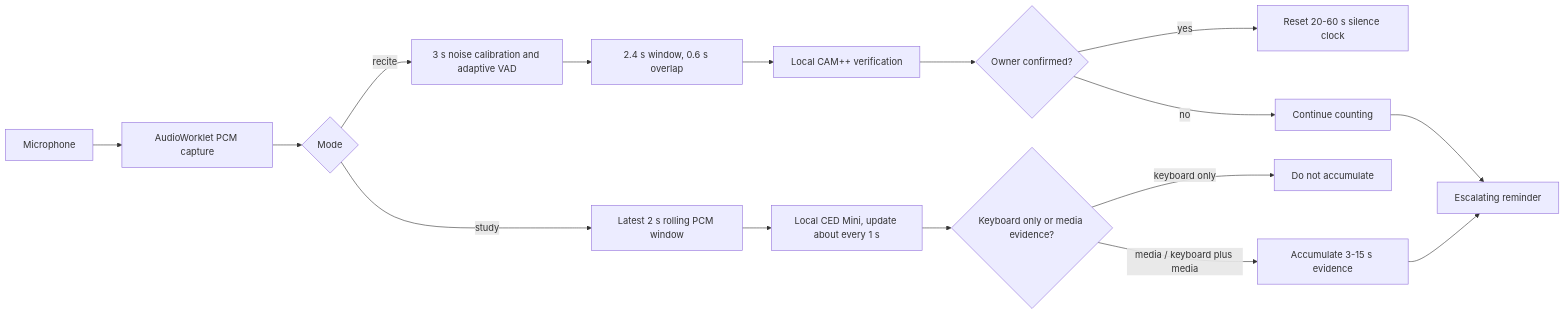
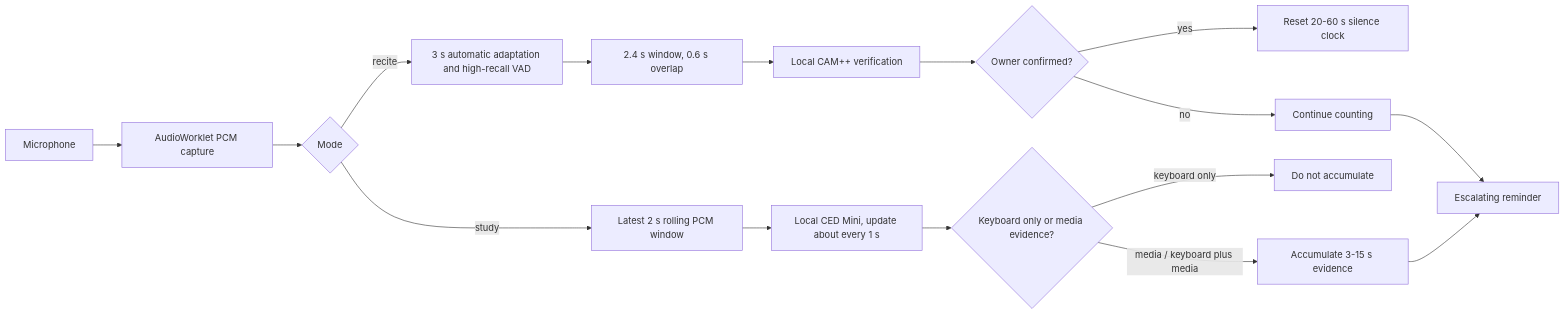
The third of 3 diagrams in docs/ARCHITECTURE.md (bwai0640-arch/red-watch-recite), drawn with Mermaid before and after one commit. The commit also changed other lines of this file and 38 other files, not shown here.

````diff
--- a/docs/ARCHITECTURE.md
+++ b/docs/ARCHITECTURE.md
@@ -57,18 +57,18 @@
 ```mermaid
 flowchart LR
     Mic["Microphone"] --> Worklet["AudioWorklet PCM capture"]
     Worklet --> Mode{"Mode"}
-    Mode -->|"recite"| VAD["3 s noise calibration and adaptive VAD"]
+    Mode -->|"recite"| VAD["3 s automatic adaptation and high-recall VAD"]
     VAD --> Window["2.4 s window, 0.6 s overlap"]
     Window --> Verify["Local CAM++ verification"]
     Verify --> Owner{"Owner confirmed?"}
     Owner -->|"yes"| Reset["Reset 20-60 s silence clock"]
     Owner -->|"no"| ReciteCount["Continue counting"]
     Mode -->|"study"| Roll["Latest 2 s rolling PCM window"]
     Roll --> CED["Local CED Mini, update about every 1 s"]
     CED --> Event{"Keyboard only or media evidence?"}
     Event -->|"keyboard only"| Ignore["Do not accumulate"]
     Event -->|"media / keyboard plus media"| Quiet["Accumulate 3-15 s evidence"]
     ReciteCount --> Alert["Escalating reminder"]
     Quiet --> Alert
 ```
````
